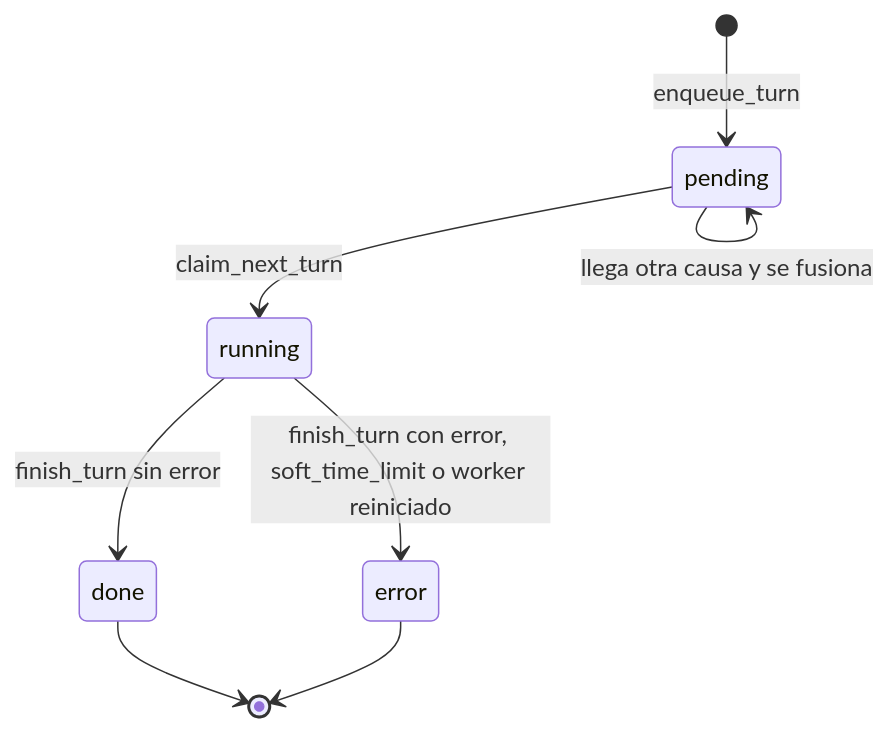
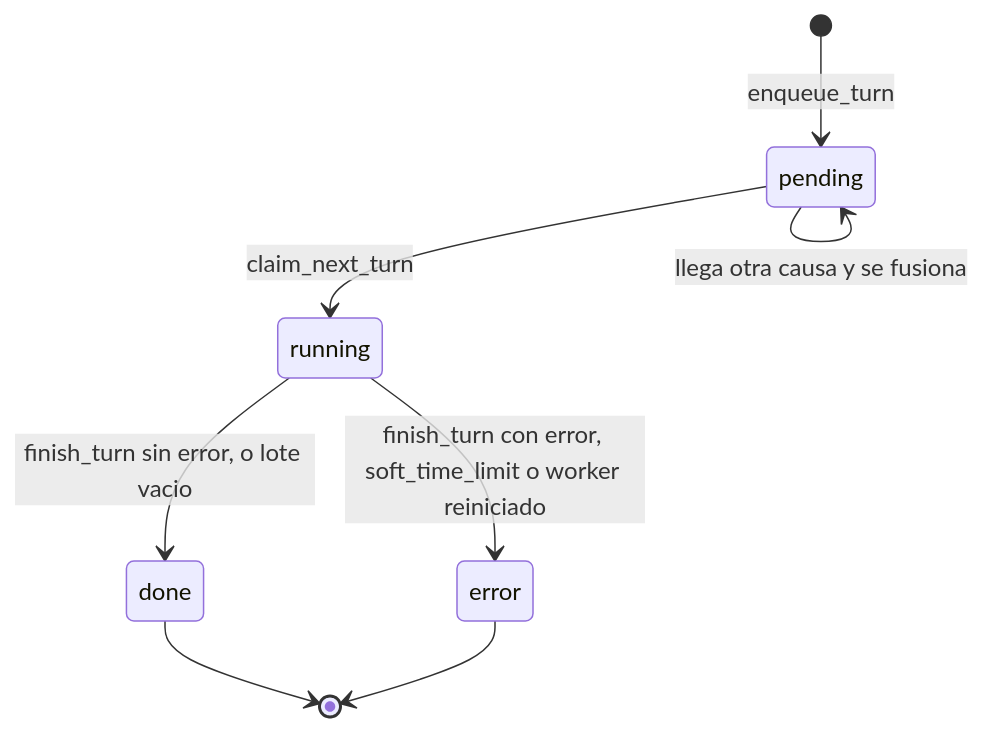
The tenth of 11 diagrams in docs/backend/modelo-de-datos.md (oscargicast/corpotex), drawn with Mermaid before and after one commit. The commit also changed other lines of this file and 32 other files, not shown here.

````diff
--- a/docs/backend/modelo-de-datos.md
+++ b/docs/backend/modelo-de-datos.md
@@ -837,10 +989,10 @@
 ```mermaid
 stateDiagram-v2
     [*] --> pending: enqueue_turn
     pending --> pending: llega otra causa y se fusiona
     pending --> running: claim_next_turn
-    running --> done: finish_turn sin error
+    running --> done: finish_turn sin error, o lote vacio
     running --> error: finish_turn con error, soft_time_limit o worker reiniciado
     done --> [*]
     error --> [*]
 ```
````
